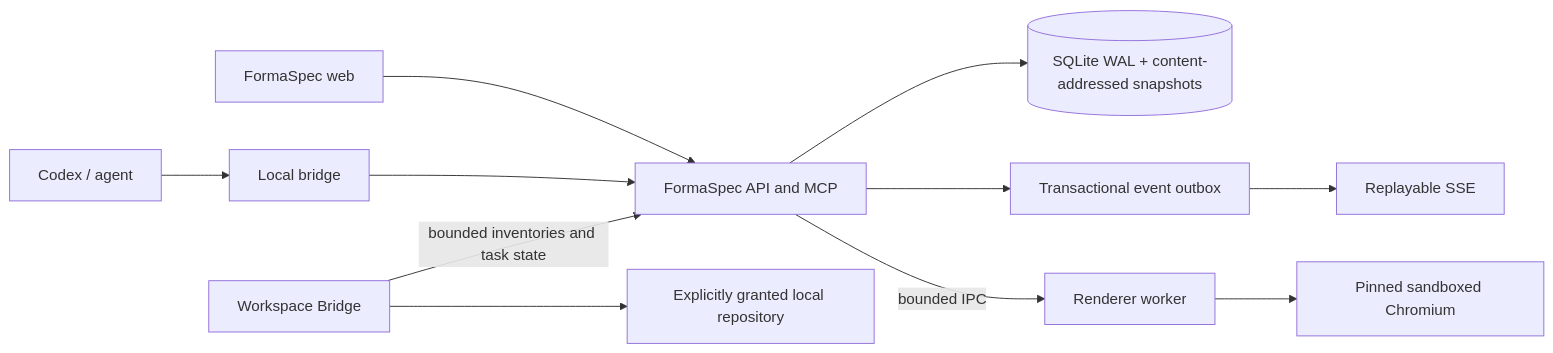
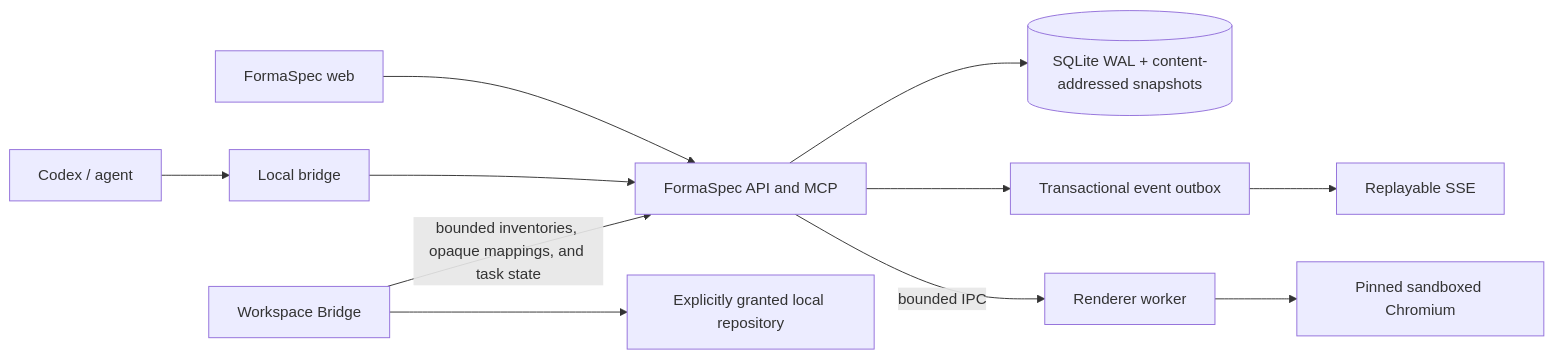
The second of 2 diagrams in docs/architecture.md (mahdizareeii/minimal-designer), drawn with Mermaid before and after one commit. The commit also changed other lines of this file and 244 other files, not shown here.

````diff
--- a/docs/architecture.md
+++ b/docs/architecture.md
@@ -156,13 +169,13 @@
 ```mermaid
 flowchart LR
     UI["FormaSpec web"] --> API["FormaSpec API and MCP"]
     AG["Codex / agent"] --> LB["Local bridge"]
     LB --> API
     API --> DB[("SQLite WAL + content-addressed snapshots")]
     API --> O["Transactional event outbox"]
     O --> SSE["Replayable SSE"]
     API -->|bounded IPC| RW["Renderer worker"]
     RW --> CH["Pinned sandboxed Chromium"]
-    WB["Workspace Bridge"] -->|bounded inventories and task state| API
+    WB["Workspace Bridge"] -->|bounded inventories, opaque mappings, and task state| API
     WB --> REPO["Explicitly granted local repository"]
 ```
````
